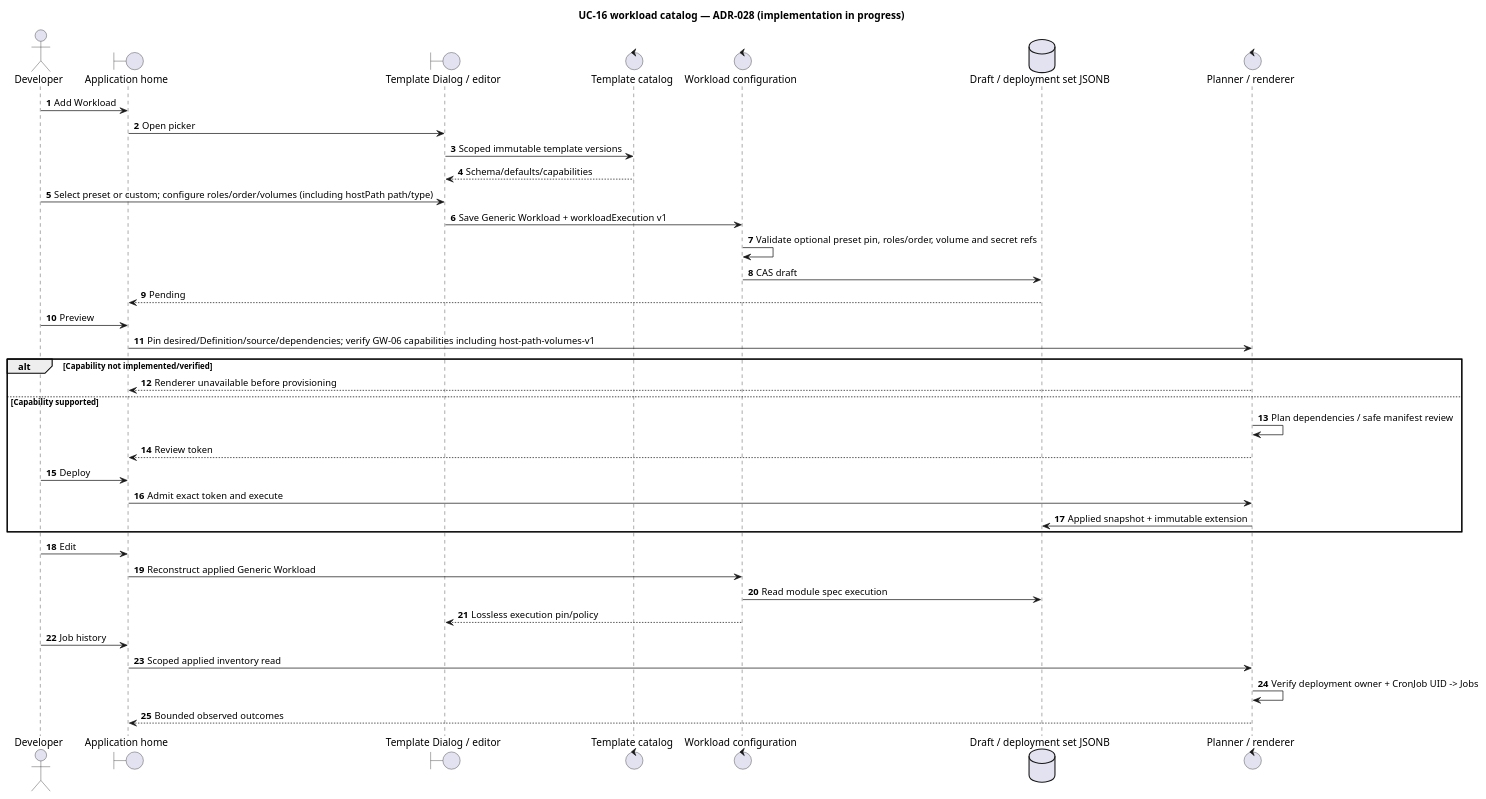
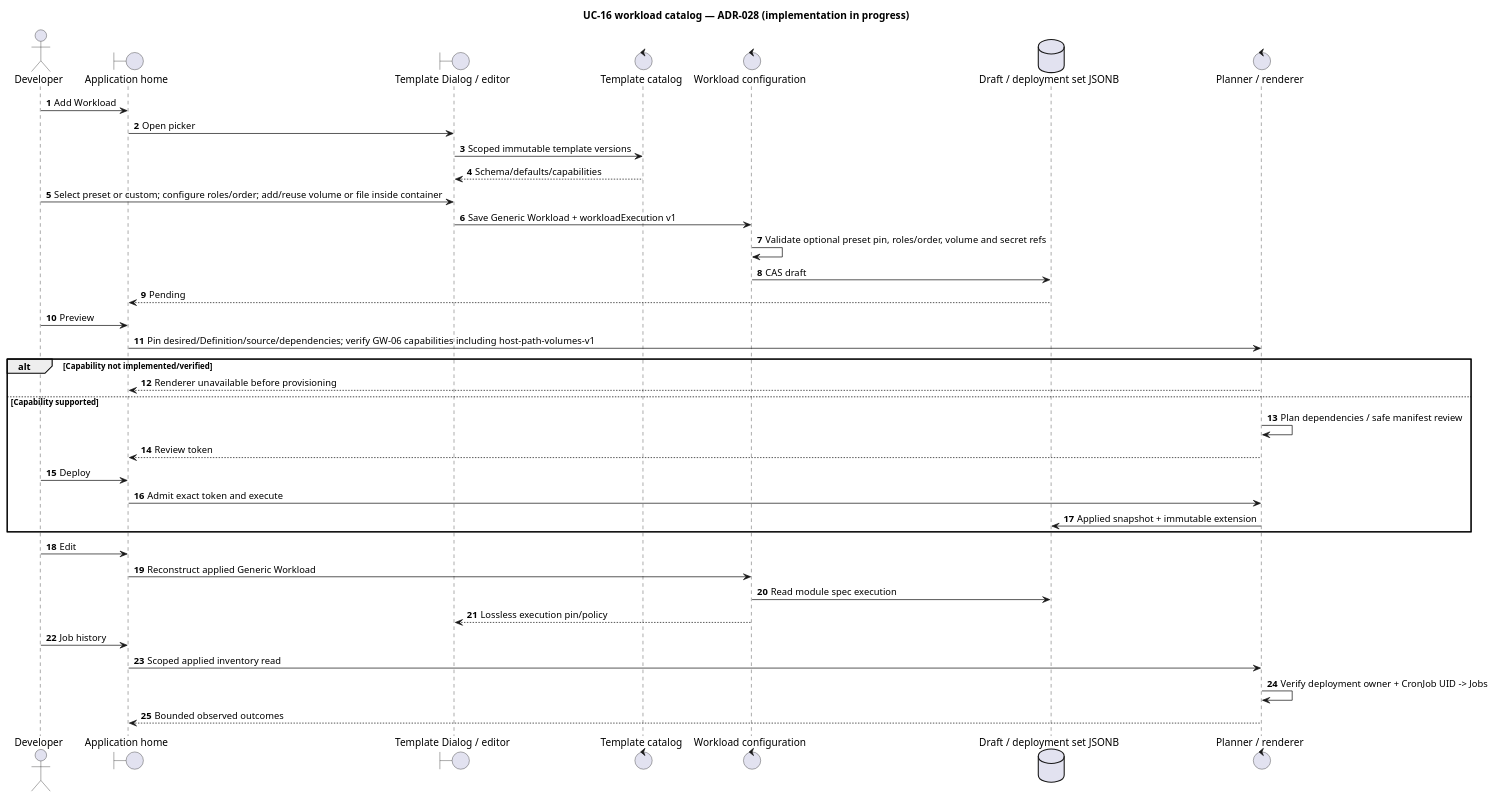
The diagram in orchestrator_docs/usecase/UC-16/workload-catalog-sequence.puml (pr3s3nt/poc), drawn with PlantUML before and after one commit. The commit also changed 22 other files, not shown here.

Commit message:
feat(console): manage volumes and files inside each container

```diff
--- a/orchestrator_docs/usecase/UC-16/workload-catalog-sequence.puml
+++ b/orchestrator_docs/usecase/UC-16/workload-catalog-sequence.puml
@@ -1,39 +1,39 @@
 @startuml
 title UC-16 workload catalog — ADR-028 (implementation in progress)
 autonumber
 actor Developer
 boundary "Application home" as Home
 boundary "Template Dialog / editor" as UI
 control "Template catalog" as Catalog
 control "Workload configuration" as Config
 database "Draft / deployment set JSONB" as Store
 control "Planner / renderer" as Runtime
 Developer -> Home: Add Workload
 Home -> UI: Open picker
 UI -> Catalog: Scoped immutable template versions
 Catalog --> UI: Schema/defaults/capabilities
-Developer -> UI: Select preset or custom; configure roles/order/volumes (including hostPath path/type)
+Developer -> UI: Select preset or custom; configure roles/order; add/reuse volume or file inside container
 UI -> Config: Save Generic Workload + workloadExecution v1
 Config -> Config: Validate optional preset pin, roles/order, volume and secret refs
 Config -> Store: CAS draft
 Store --> Home: Pending
 Developer -> Home: Preview
 Home -> Runtime: Pin desired/Definition/source/dependencies; verify GW-06 capabilities including host-path-volumes-v1
 alt Capability not implemented/verified
  Runtime --> Home: Renderer unavailable before provisioning
 else Capability supported
  Runtime -> Runtime: Plan dependencies / safe manifest review
  Runtime --> Home: Review token
  Developer -> Home: Deploy
  Home -> Runtime: Admit exact token and execute
  Runtime -> Store: Applied snapshot + immutable extension
 end
 Developer -> Home: Edit
 Home -> Config: Reconstruct applied Generic Workload
 Config -> Store: Read module spec execution
 Config --> UI: Lossless execution pin/policy
 Developer -> Home: Job history
 Home -> Runtime: Scoped applied inventory read
 Runtime -> Runtime: Verify deployment owner + CronJob UID -> Jobs
 Runtime --> Home: Bounded observed outcomes
 @enduml
```
